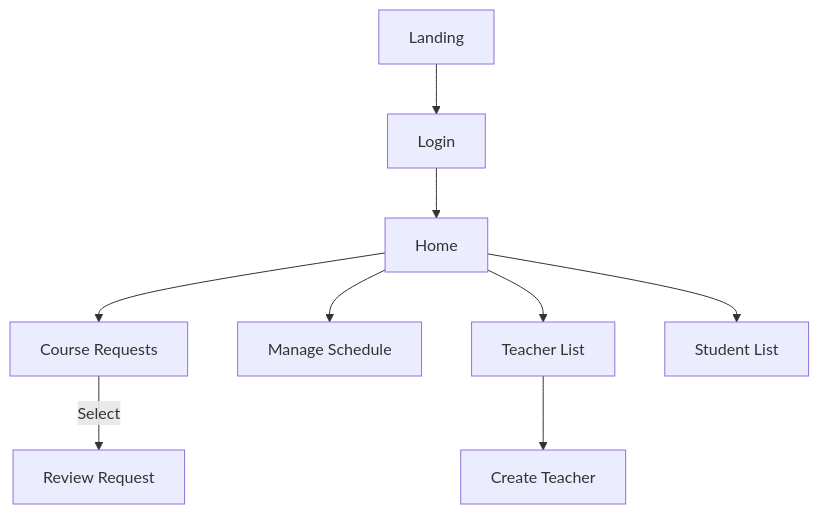
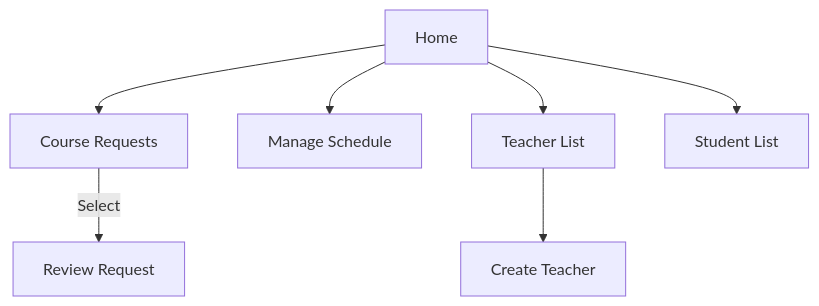
Before and after one commit to SaluteKevin/AQkid: the second of 4 diagrams in Design/views/page-flow.md, drawn with Mermaid. The commit also changed other lines of this file, not shown here.

Commit message:
Simplify page flow

````diff
--- a/Design/views/page-flow.md
+++ b/Design/views/page-flow.md
@@ -9,15 +21,15 @@
 ```mermaid
 flowchart TD
 
-    start[Landing] --> staffLogin[Login] --> staffHome[Home]
+    staffHome[Home]
 
     staffHome --> courseRequestIndex[Course Requests] -- Select --> courseRequestShow[Review Request]
 
     staffHome --> scheduleEdit[Manage Schedule]
 
     staffHome --> teacherIndex[Teacher List]
 
     teacherIndex --> teacherCreate[Create Teacher]
 
     staffHome --> studentIndex[Student List]
 ```
````
